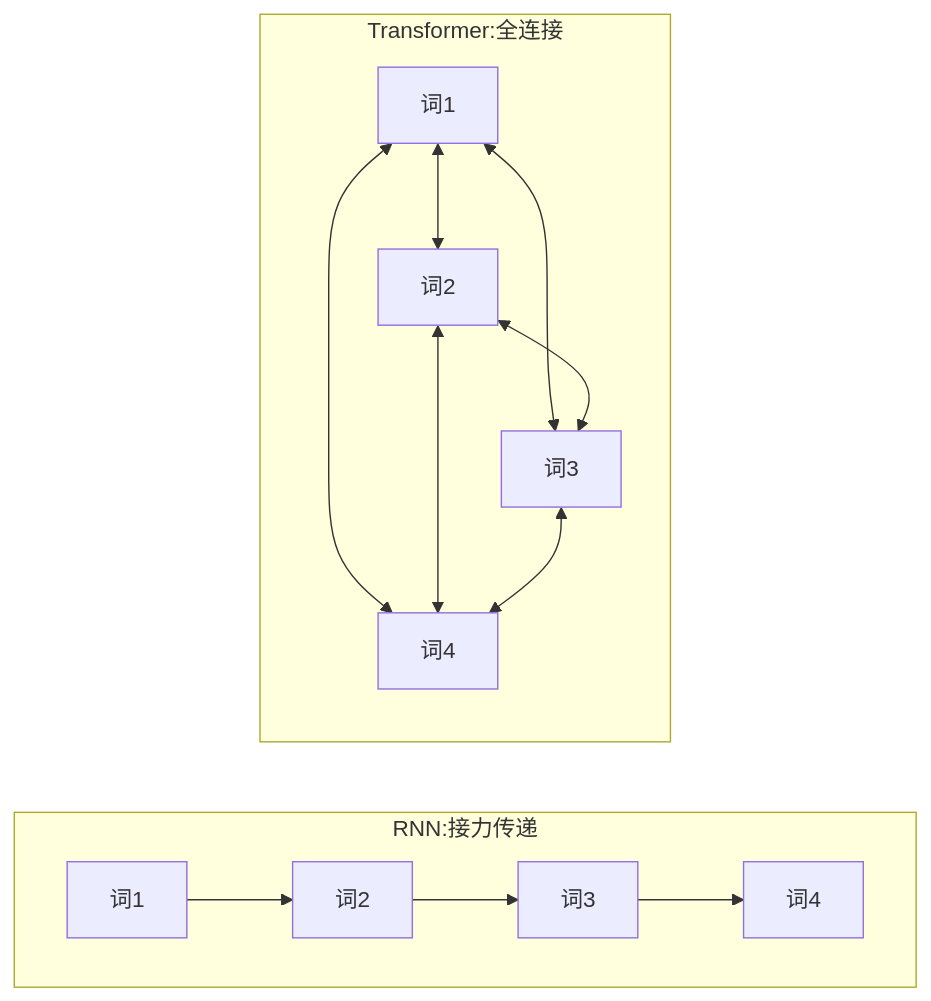
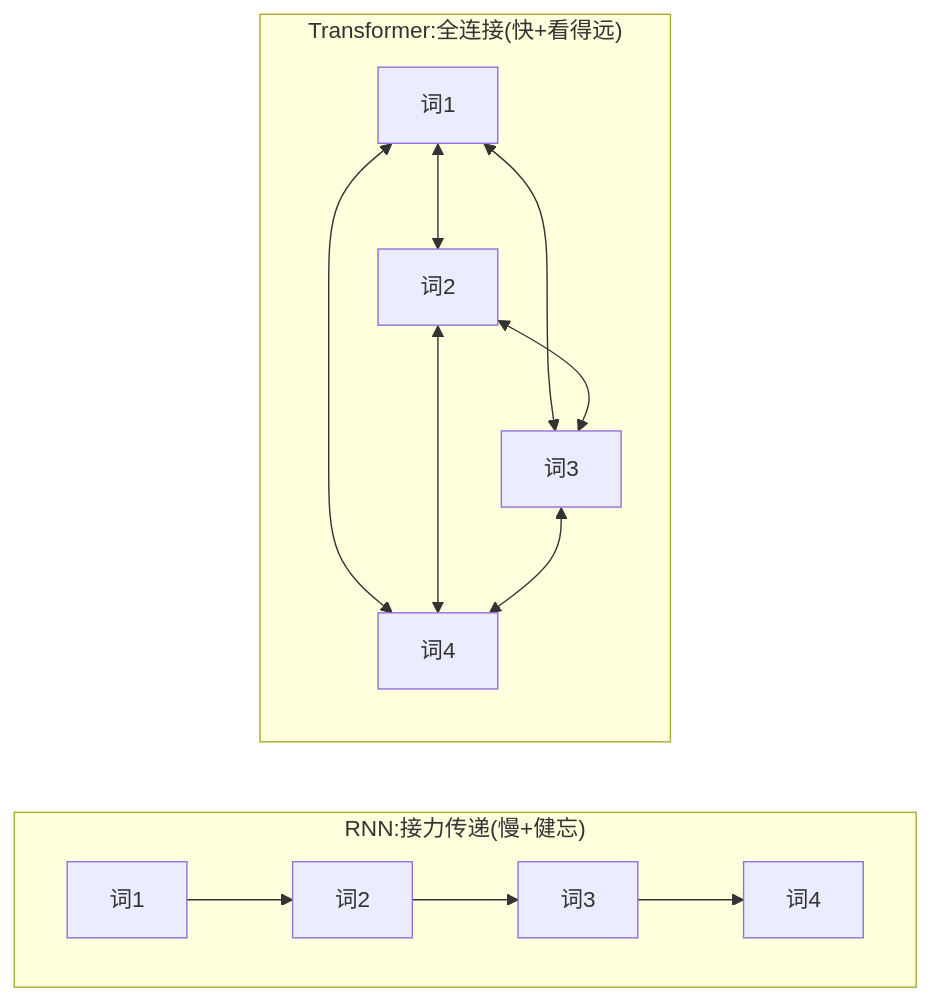
Diagram 11 of 14 in transformer-学习资料/第01章-为什么需要Transformer.md (zerioo1970/summary), drawn with Mermaid before and after one commit. The commit also changed other lines of this file and 6 other files, not shown here.

Commit message:
大幅扩写第1、2、8-12章:新增导览/数值示例/深入原理/FAQ/更多图解

````diff
--- a/transformer-学习资料/第01章-为什么需要Transformer.md
+++ b/transformer-学习资料/第01章-为什么需要Transformer.md
@@ -122,20 +247,20 @@
 ```mermaid
 flowchart LR
-    subgraph RNN["RNN:接力传递"]
+    subgraph RNN["RNN:接力传递(慢+健忘)"]
         direction LR
         R1["词1"] --> R2["词2"] --> R3["词3"] --> R4["词4"]
     end
-    subgraph TF["Transformer:全连接"]
+    subgraph TF["Transformer:全连接(快+看得远)"]
         direction TB
         T1["词1"]
         T2["词2"]
         T3["词3"]
         T4["词4"]
         T1 <--> T2
         T1 <--> T3
         T1 <--> T4
         T2 <--> T3
         T2 <--> T4
         T3 <--> T4
     end
 ```
````
